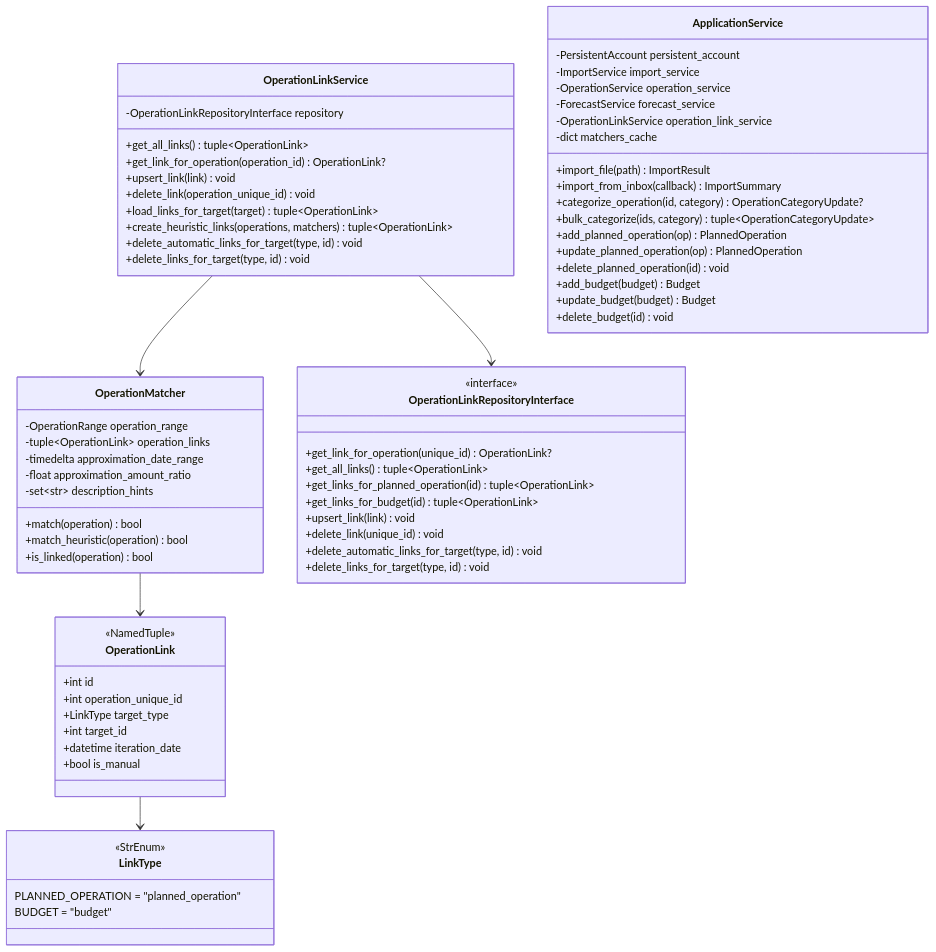
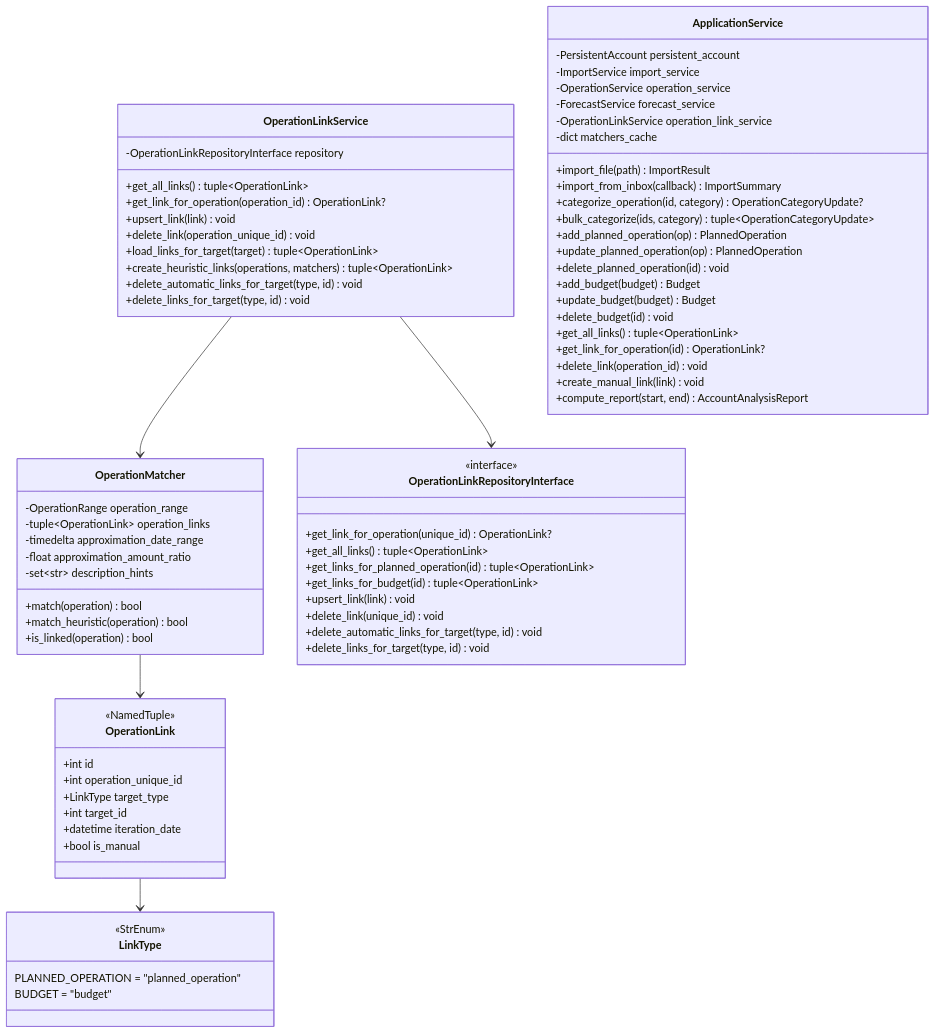
Before and after one commit to corentin-core/budget-forecaster: the second of 8 diagrams in docs/dev/operation-links.md, drawn with Mermaid. The commit also changed other lines of this file and 11 other files, not shown here.

First line of the commit message:
refactor: improve type aliases and update architecture docs

````diff
--- a/docs/dev/operation-links.md
+++ b/docs/dev/operation-links.md
@@ -74,77 +75,82 @@
 ```mermaid
 classDiagram
     class LinkType {
         <<StrEnum>>
         PLANNED_OPERATION = "planned_operation"
         BUDGET = "budget"
     }
 
     class OperationLink {
         <<NamedTuple>>
         +int id
         +int operation_unique_id
         +LinkType target_type
         +int target_id
         +datetime iteration_date
         +bool is_manual
     }
 
     class OperationMatcher {
         -OperationRange operation_range
         -tuple~OperationLink~ operation_links
         -timedelta approximation_date_range
         -float approximation_amount_ratio
         -set~str~ description_hints
         +match(operation) bool
         +match_heuristic(operation) bool
         +is_linked(operation) bool
     }
 
     class OperationLinkService {
         -OperationLinkRepositoryInterface repository
         +get_all_links() tuple~OperationLink~
         +get_link_for_operation(operation_id) OperationLink?
         +upsert_link(link) void
         +delete_link(operation_unique_id) void
         +load_links_for_target(target) tuple~OperationLink~
         +create_heuristic_links(operations, matchers) tuple~OperationLink~
         +delete_automatic_links_for_target(type, id) void
         +delete_links_for_target(type, id) void
     }
 
     class ApplicationService {
         -PersistentAccount persistent_account
         -ImportService import_service
         -OperationService operation_service
         -ForecastService forecast_service
         -OperationLinkService operation_link_service
         -dict matchers_cache
         +import_file(path) ImportResult
         +import_from_inbox(callback) ImportSummary
         +categorize_operation(id, category) OperationCategoryUpdate?
         +bulk_categorize(ids, category) tuple~OperationCategoryUpdate~
         +add_planned_operation(op) PlannedOperation
         +update_planned_operation(op) PlannedOperation
         +delete_planned_operation(id) void
         +add_budget(budget) Budget
         +update_budget(budget) Budget
         +delete_budget(id) void
+        +get_all_links() tuple~OperationLink~
+        +get_link_for_operation(id) OperationLink?
+        +delete_link(operation_id) void
+        +create_manual_link(link) void
+        +compute_report(start, end) AccountAnalysisReport
     }
 
     class OperationLinkRepositoryInterface {
         <<interface>>
         +get_link_for_operation(unique_id) OperationLink?
         +get_all_links() tuple~OperationLink~
         +get_links_for_planned_operation(id) tuple~OperationLink~
         +get_links_for_budget(id) tuple~OperationLink~
         +upsert_link(link) void
         +delete_link(unique_id) void
         +delete_automatic_links_for_target(type, id) void
         +delete_links_for_target(type, id) void
     }
 
     OperationLink --> LinkType
     OperationMatcher --> OperationLink
     OperationLinkService --> OperationLinkRepositoryInterface
     OperationLinkService --> OperationMatcher
 ```
````
